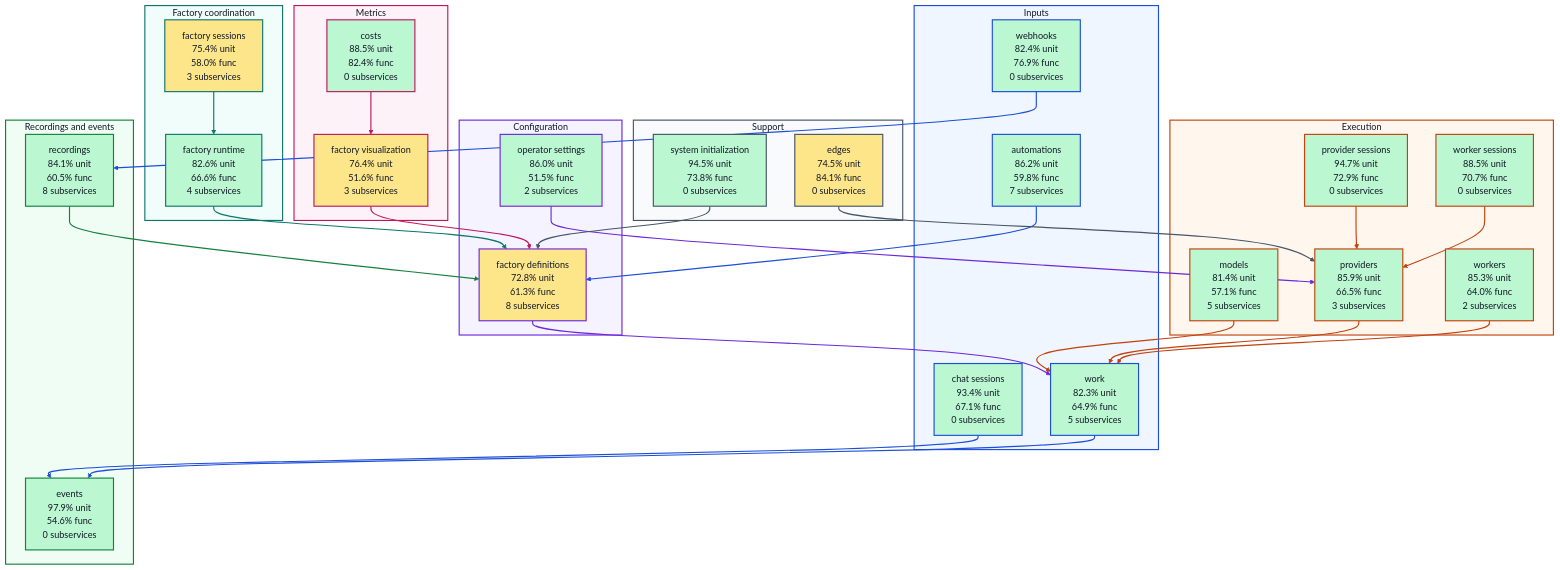
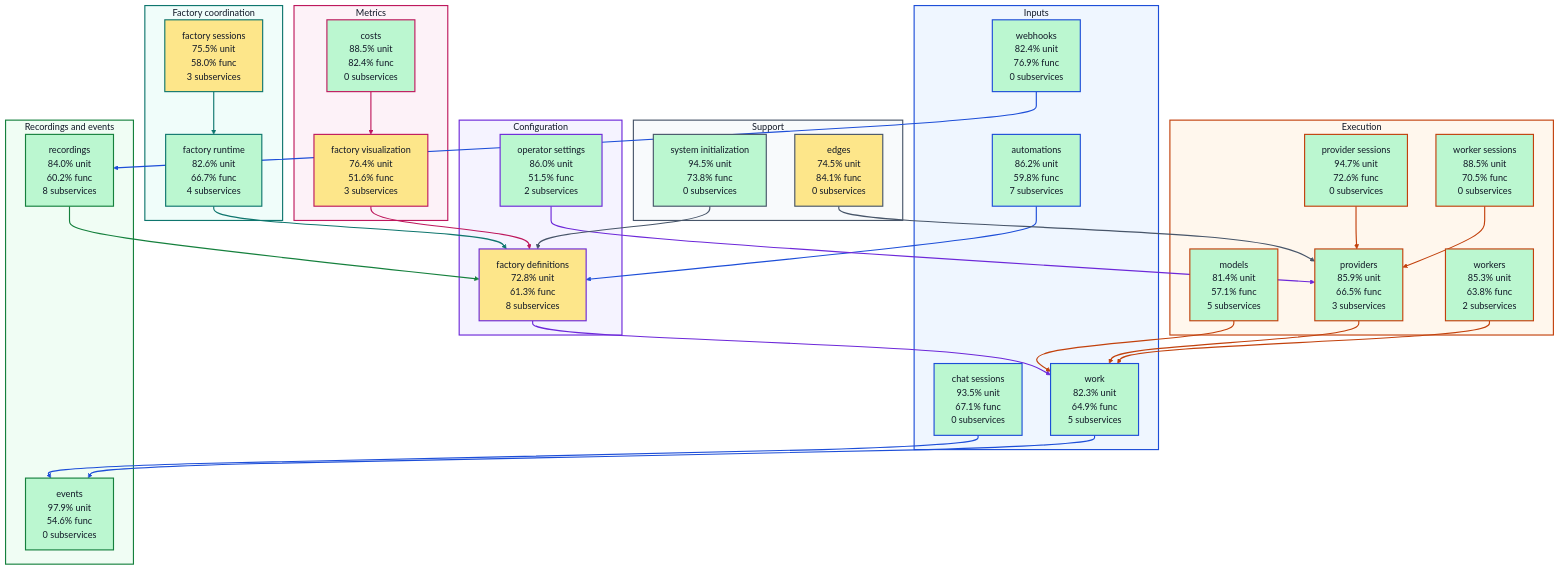
The diagram in docs/architecture/visualizations/high-level-test-coverage.md (portpowered/you-agent-factory), drawn with Mermaid before and after one commit. The commit also changed other lines of this file and 20 other files, not shown here.

Commit message:
docs: refresh backend architecture visualizations

```diff
--- a/docs/architecture/visualizations/high-level-test-coverage.md
+++ b/docs/architecture/visualizations/high-level-test-coverage.md
@@ -12,7 +12,7 @@
 flowchart TB
   subgraph input["Inputs"]
     s_services_automations["automations<br/>86.2% unit<br/>59.8% func<br/>7 subservices"]
-    s_services_chat_sessions["chat sessions<br/>93.4% unit<br/>67.1% func<br/>0 subservices"]
+    s_services_chat_sessions["chat sessions<br/>93.5% unit<br/>67.1% func<br/>0 subservices"]
     s_services_webhooks["webhooks<br/>82.4% unit<br/>76.9% func<br/>0 subservices"]
     s_services_work["work<br/>82.3% unit<br/>64.9% func<br/>5 subservices"]
   end
@@ -21,19 +21,19 @@
     s_services_operator_settings["operator settings<br/>86.0% unit<br/>51.5% func<br/>2 subservices"]
   end
   subgraph coordination["Factory coordination"]
-    s_services_factory_runtime["factory runtime<br/>82.6% unit<br/>66.6% func<br/>4 subservices"]
-    s_services_factory_sessions["factory sessions<br/>75.4% unit<br/>58.0% func<br/>3 subservices"]
+    s_services_factory_runtime["factory runtime<br/>82.6% unit<br/>66.7% func<br/>4 subservices"]
+    s_services_factory_sessions["factory sessions<br/>75.5% unit<br/>58.0% func<br/>3 subservices"]
   end
   subgraph execution["Execution"]
     s_services_models["models<br/>81.4% unit<br/>57.1% func<br/>5 subservices"]
-    s_services_provider_sessions["provider sessions<br/>94.7% unit<br/>72.9% func<br/>0 subservices"]
+    s_services_provider_sessions["provider sessions<br/>94.7% unit<br/>72.6% func<br/>0 subservices"]
     s_services_providers["providers<br/>85.9% unit<br/>66.5% func<br/>3 subservices"]
-    s_services_worker_sessions["worker sessions<br/>88.5% unit<br/>70.7% func<br/>0 subservices"]
-    s_services_workers["workers<br/>85.3% unit<br/>64.0% func<br/>2 subservices"]
+    s_services_worker_sessions["worker sessions<br/>88.5% unit<br/>70.5% func<br/>0 subservices"]
+    s_services_workers["workers<br/>85.3% unit<br/>63.8% func<br/>2 subservices"]
   end
   subgraph recordings["Recordings and events"]
     s_services_events["events<br/>97.9% unit<br/>54.6% func<br/>0 subservices"]
-    s_services_recordings["recordings<br/>84.1% unit<br/>60.5% func<br/>8 subservices"]
+    s_services_recordings["recordings<br/>84.0% unit<br/>60.2% func<br/>8 subservices"]
   end
   subgraph metrics["Metrics"]
     s_services_costs["costs<br/>88.5% unit<br/>82.4% func<br/>0 subservices"]
```
